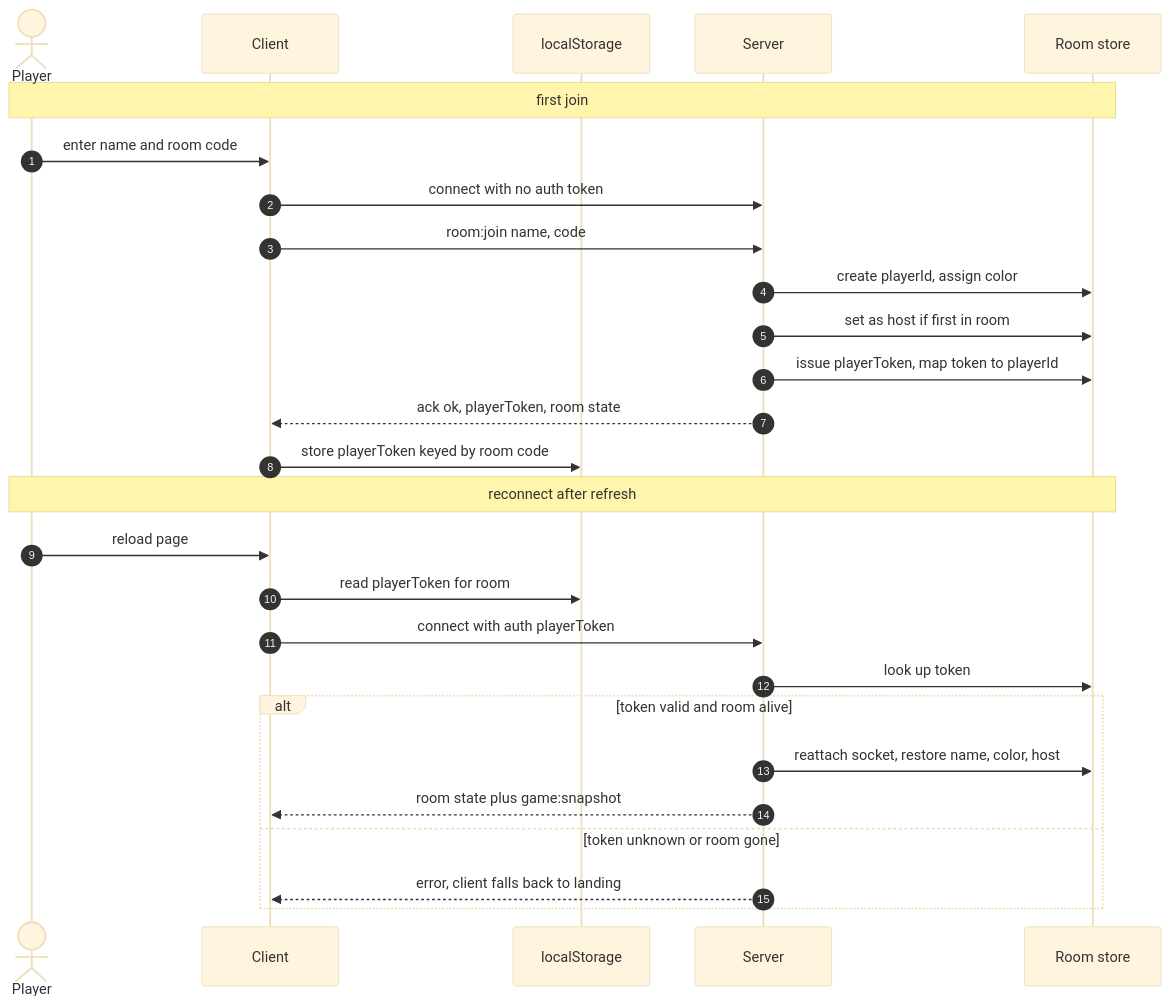
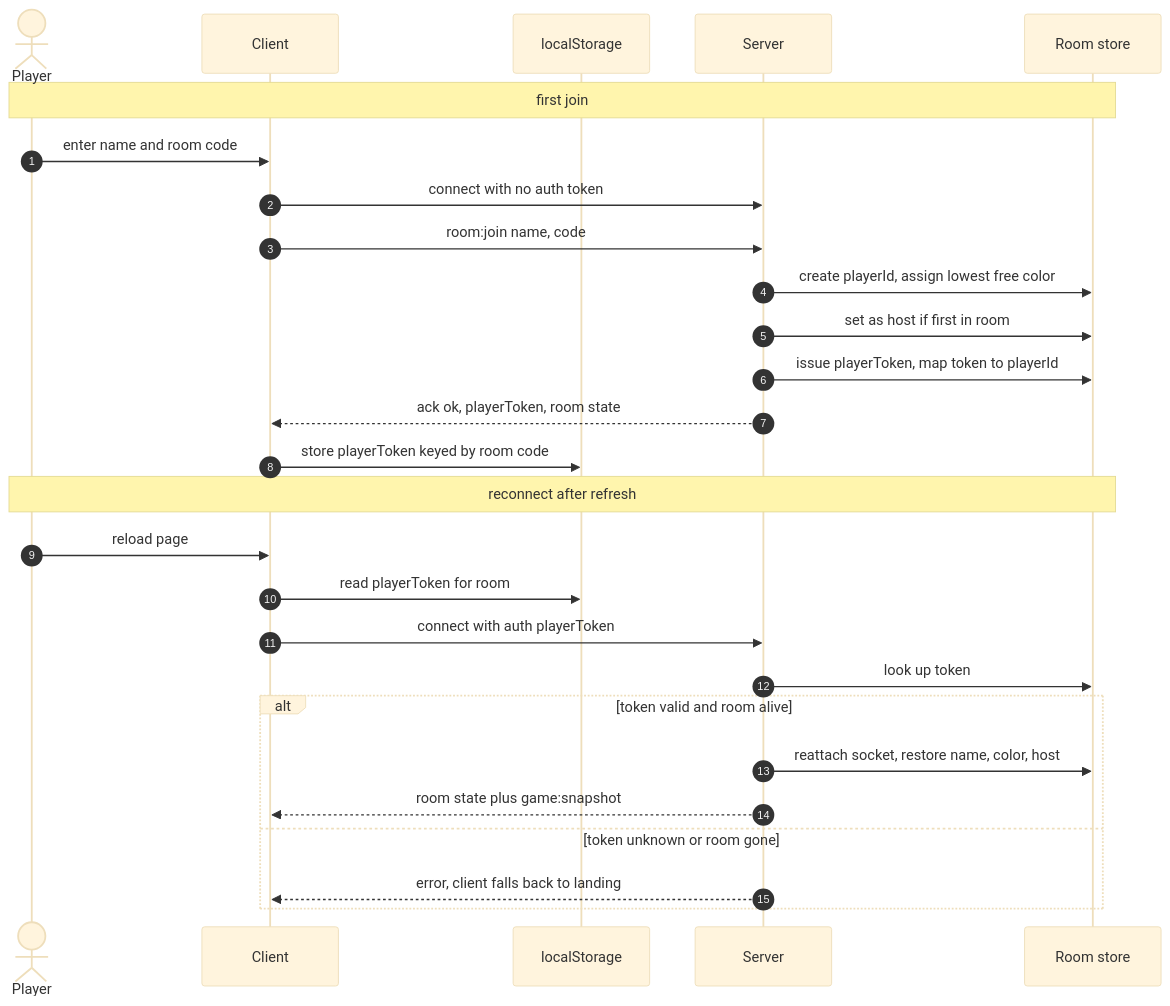
One commit to nikhilasm/puzzletogether changed the fourth of 6 diagrams in docs/architecture.md. Above: the diagram before and after it, drawn with Mermaid (base theme). The commit also changed other lines of this file and 54 other files, not shown here.

````diff
--- a/docs/architecture.md
+++ b/docs/architecture.md
@@ -129,31 +129,31 @@
 ```mermaid
 sequenceDiagram
     autonumber
     actor P as Player
     participant C as Client
     participant LS as localStorage
     participant S as Server
     participant R as Room store
 
     Note over P,R: first join
     P->>C: enter name and room code
     C->>S: connect with no auth token
     C->>S: room:join name, code
-    S->>R: create playerId, assign color
+    S->>R: create playerId, assign lowest free color
     S->>R: set as host if first in room
     S->>R: issue playerToken, map token to playerId
     S-->>C: ack ok, playerToken, room state
     C->>LS: store playerToken keyed by room code
 
     Note over P,R: reconnect after refresh
     P->>C: reload page
     C->>LS: read playerToken for room
     C->>S: connect with auth playerToken
     S->>R: look up token
     alt token valid and room alive
         S->>R: reattach socket, restore name, color, host
         S-->>C: room state plus game:snapshot
     else token unknown or room gone
         S-->>C: error, client falls back to landing
     end
 ```
````
